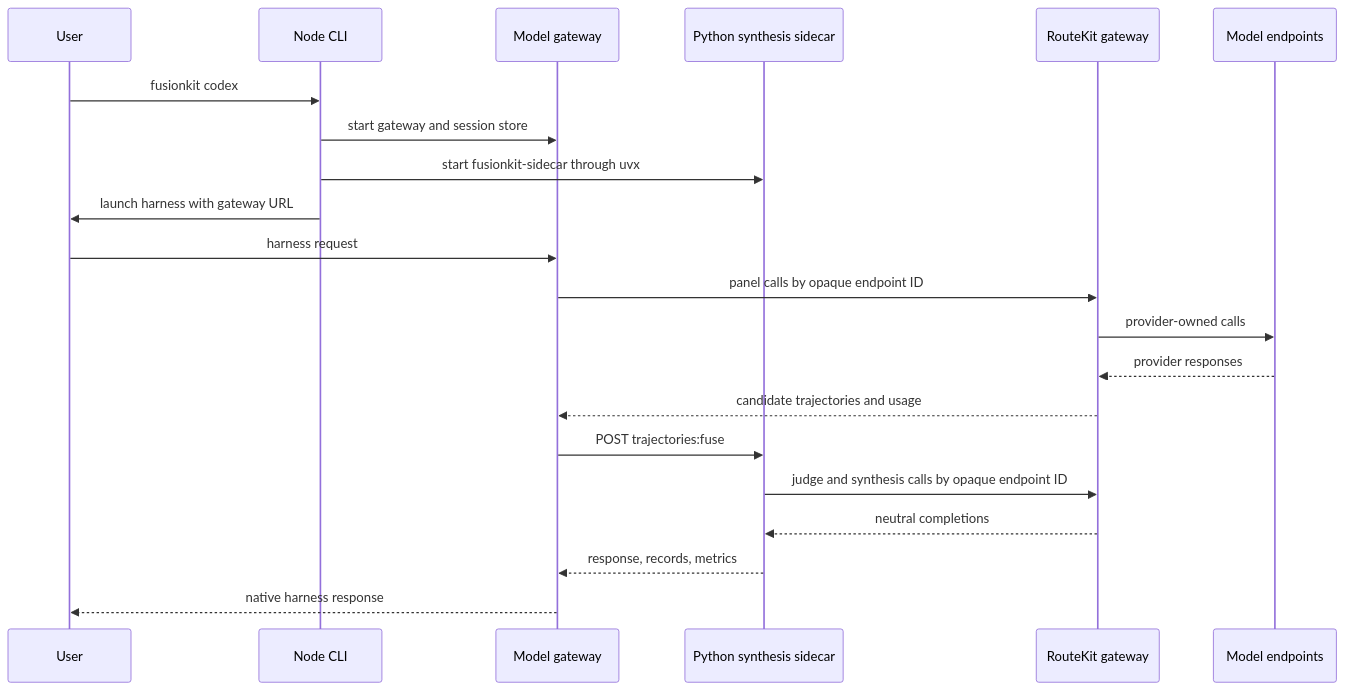
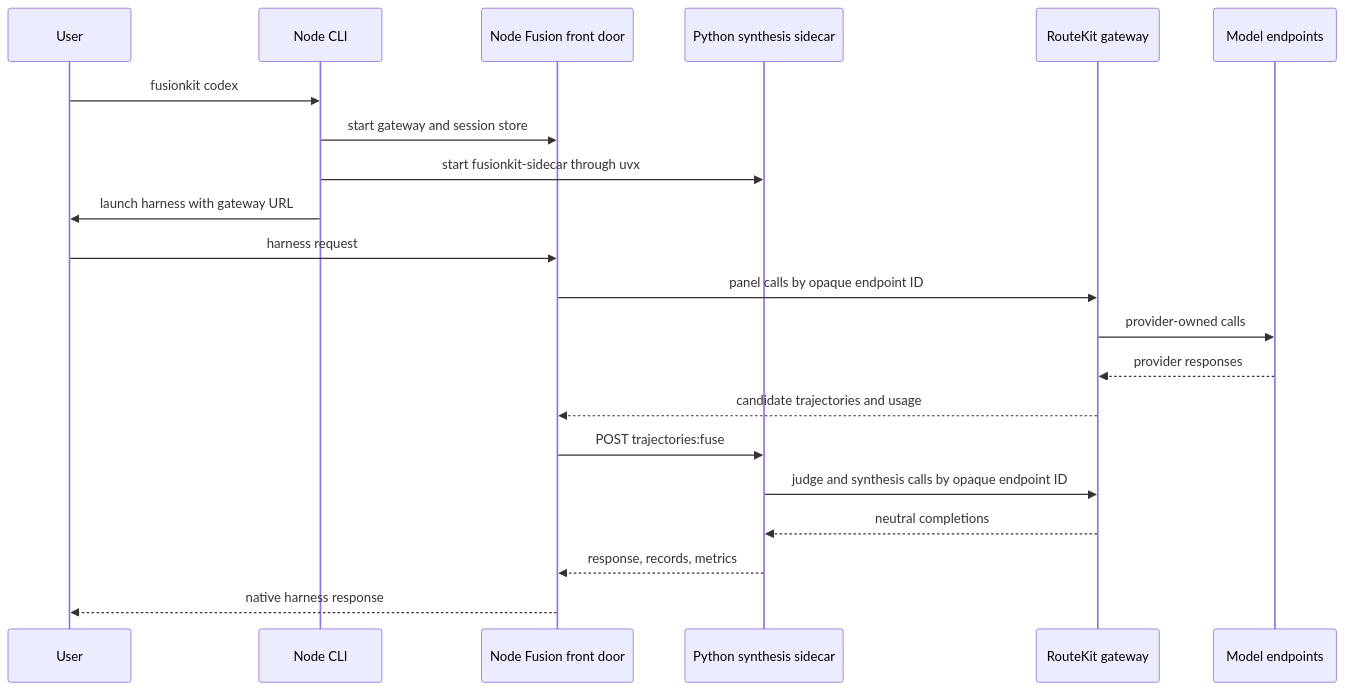
The second of 2 diagrams in docs/repository-reference.md (velum-labs/handoffkit), drawn with Mermaid before and after one commit. The commit also changed other lines of this file and 82 other files, not shown here.

````diff
--- a/docs/repository-reference.md
+++ b/docs/repository-reference.md
@@ -57,24 +66,24 @@
 ```mermaid
 sequenceDiagram
   participant User
   participant CLI as Node CLI
-  participant GW as Model gateway
+  participant GW as Node Fusion front door
   participant PY as Python synthesis sidecar
   participant RK as RouteKit gateway
   participant Models as Model endpoints
 
   User->>CLI: fusionkit codex
   CLI->>GW: start gateway and session store
   CLI->>PY: start fusionkit-sidecar through uvx
   CLI->>User: launch harness with gateway URL
   User->>GW: harness request
   GW->>RK: panel calls by opaque endpoint ID
   RK->>Models: provider-owned calls
   Models-->>RK: provider responses
   RK-->>GW: candidate trajectories and usage
   GW->>PY: POST trajectories:fuse
   PY->>RK: judge and synthesis calls by opaque endpoint ID
   RK-->>PY: neutral completions
   PY-->>GW: response, records, metrics
   GW-->>User: native harness response
 ```
````
